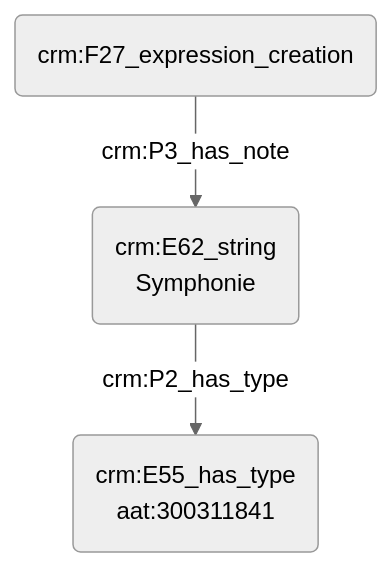
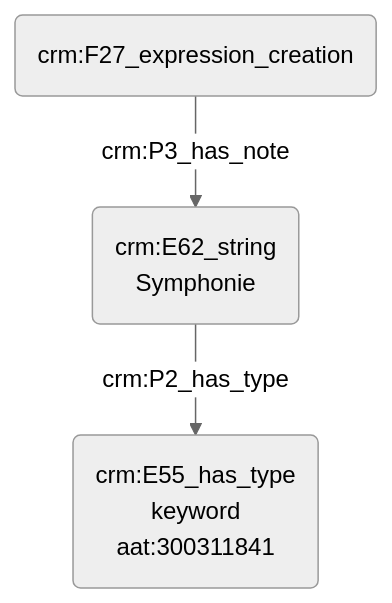
The diagram in modules/livrables/Dossier 2/Indexation conceptuelle/indexation d'une source avec un mot-clé.md (Amleth/consortium-musica2-gt2-ontologies), drawn with Mermaid (neutral theme) before and after one commit.

Commit message:
Update indexation d'une source avec un mot-clé.md

````diff
--- a/modules/livrables/Dossier 2/Indexation conceptuelle/indexation d'une source avec un mot-clé.md
+++ b/modules/livrables/Dossier 2/Indexation conceptuelle/indexation d'une source avec un mot-clé.md
@@ -11,8 +11,8 @@
 ```mermaid
 graph TD;
 
 A(crm:F27_expression_creation) --> |crm:P3_has_note| B(crm:E62_string<br>Symphonie)
 
-B(crm:E62_string<br>Symphonie) --> |crm:P2_has_type| C(crm:E55_has_type<br>aat:300311841)
+B(crm:E62_string<br>Symphonie) --> |crm:P2_has_type| C(crm:E55_has_type<br>keyword<br>aat:300311841)
 
 ```
````
